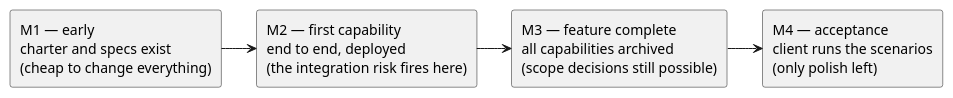
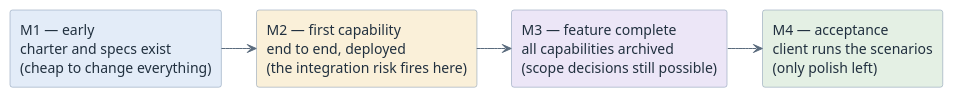
Before and after one commit to htl-leonding-college/curriculum-syp3: the first of 2 diagrams in modules/governance-milestones/index.adoc, drawn with PlantUML. The commit also changed other lines of this file and 65 other files, not shown here.

First line of the commit message:
feat(site): give the diagrams a semantic pastel palette

```diff
--- a/modules/governance-milestones/index.adoc
+++ b/modules/governance-milestones/index.adoc
@@ -100,17 +100,19 @@
 [plantuml,milestone-placement,svg]
 ----
 @startuml
-skinparam monochrome true
+<style>
+element { BackgroundColor #EDF3FA; LineColor #7C93AD; FontColor #21303F }
+arrow { LineColor #5A6B7D; FontColor #21303F }
+</style>
 skinparam shadowing false
 skinparam defaultFontName Helvetica
 
-rectangle "M1 — early\ncharter and specs exist\n(cheap to change everything)" as M1
-rectangle "M2 — first capability\nend to end, deployed\n(the integration risk fires here)" as M2
-rectangle "M3 — feature complete\nall capabilities archived\n(scope decisions still possible)" as M3
-rectangle "M4 — acceptance\nclient runs the scenarios\n(only polish left)" as M4
-
+rectangle "M1 — early\ncharter and specs exist\n(cheap to change everything)" as M1 #E3ECF8
+rectangle "M2 — first capability\nend to end, deployed\n(the integration risk fires here)" as M2 #FAF0D9
+rectangle "M3 — feature complete\nall capabilities archived\n(scope decisions still possible)" as M3 #ECE6F7
+rectangle "M4 — acceptance\nclient runs the scenarios\n(only polish left)" as M4 #E4F0E4
 M1 -right-> M2
 M2 -right-> M3
 M3 -right-> M4
 @enduml
 ----
```
